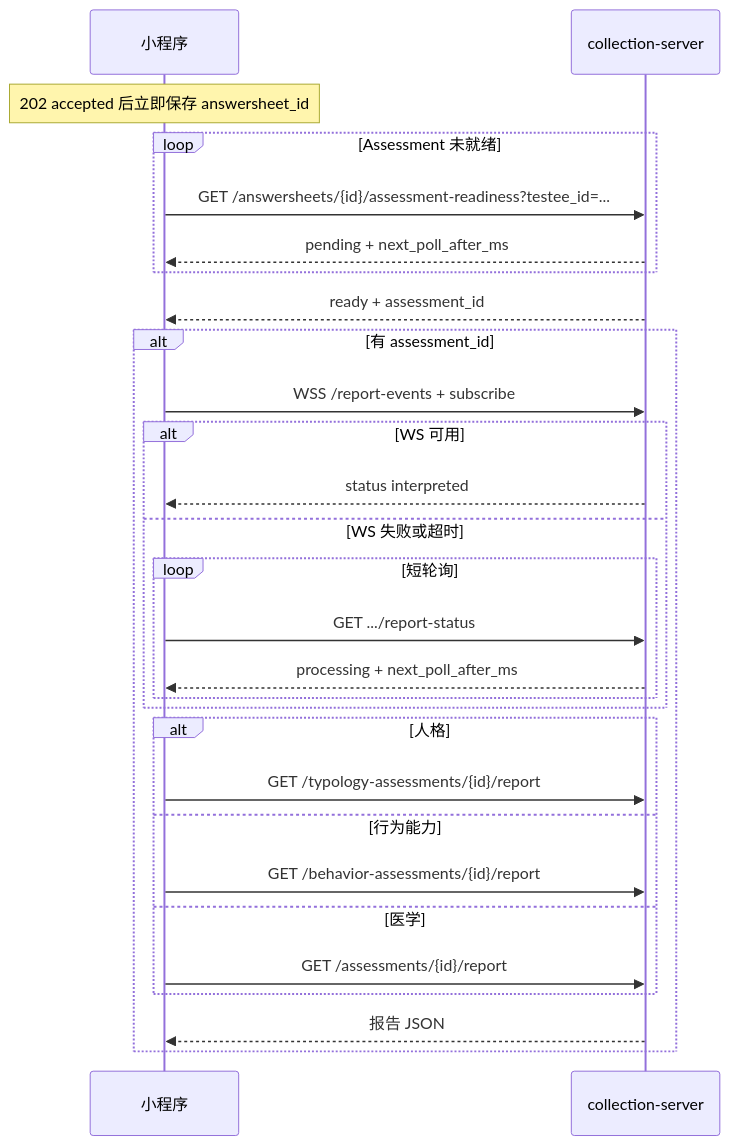
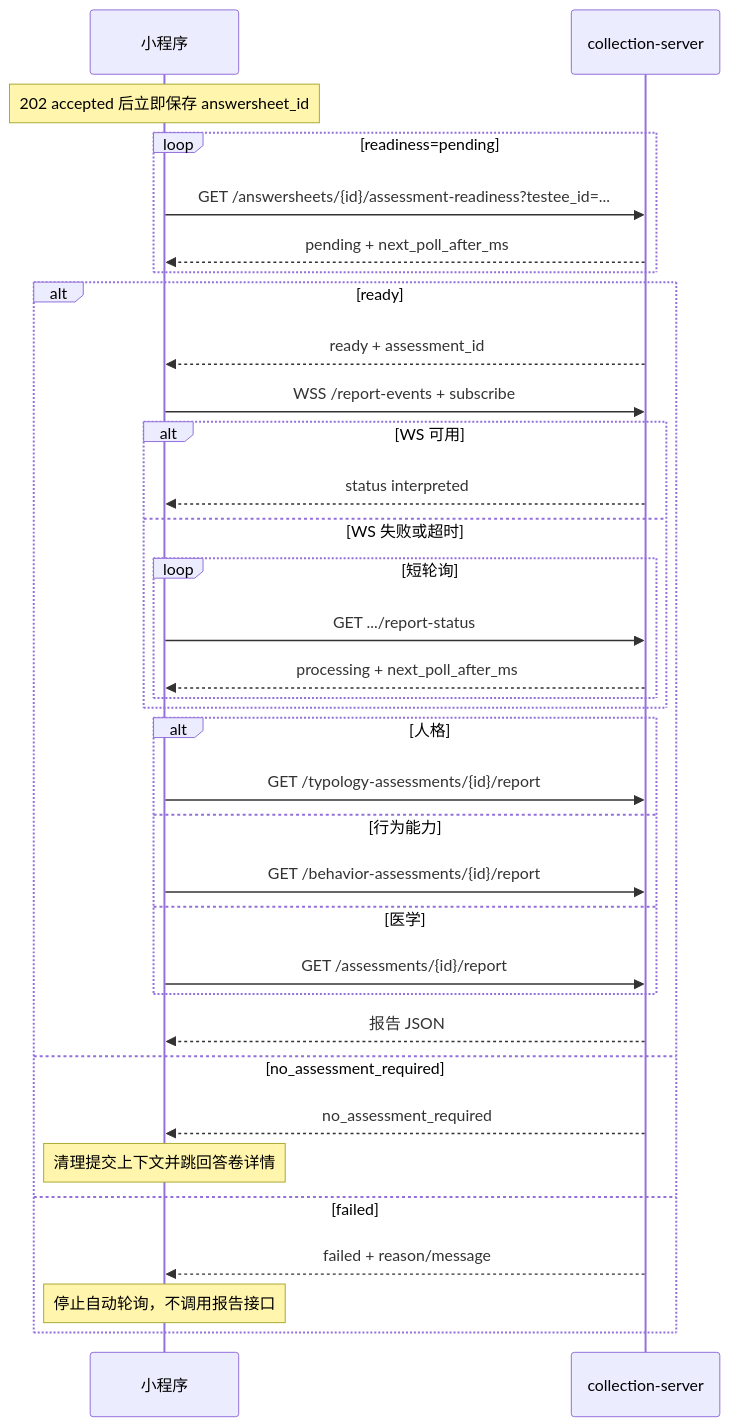
Before and after one commit to FangcunMount/qs-collection-system: the diagram in docs/12-小程序报告等待接入指南.md, drawn with Mermaid. The commit also changed other lines of this file and 13 other files, not shown here.

````diff
--- a/docs/12-小程序报告等待接入指南.md
+++ b/docs/12-小程序报告等待接入指南.md
@@ -270,32 +270,37 @@
 ```mermaid
 sequenceDiagram
     participant MP as 小程序
     participant CS as collection-server
 
     Note over MP: 202 accepted 后立即保存 answersheet_id
-    loop Assessment 未就绪
+    loop readiness=pending
         MP->>CS: GET /answersheets/{id}/assessment-readiness?testee_id=...
         CS-->>MP: pending + next_poll_after_ms
     end
-    CS-->>MP: ready + assessment_id
-
-    alt 有 assessment_id
+    alt ready
+        CS-->>MP: ready + assessment_id
         MP->>CS: WSS /report-events + subscribe
         alt WS 可用
             CS-->>MP: status interpreted
         else WS 失败或超时
             loop 短轮询
                 MP->>CS: GET .../report-status
                 CS-->>MP: processing + next_poll_after_ms
             end
         end
         alt 人格
             MP->>CS: GET /typology-assessments/{id}/report
         else 行为能力
             MP->>CS: GET /behavior-assessments/{id}/report
         else 医学
             MP->>CS: GET /assessments/{id}/report
         end
         CS-->>MP: 报告 JSON
+    else no_assessment_required
+        CS-->>MP: no_assessment_required
+        Note over MP: 清理提交上下文并跳回答卷详情
+    else failed
+        CS-->>MP: failed + reason/message
+        Note over MP: 停止自动轮询，不调用报告接口
     end
 ```
````
